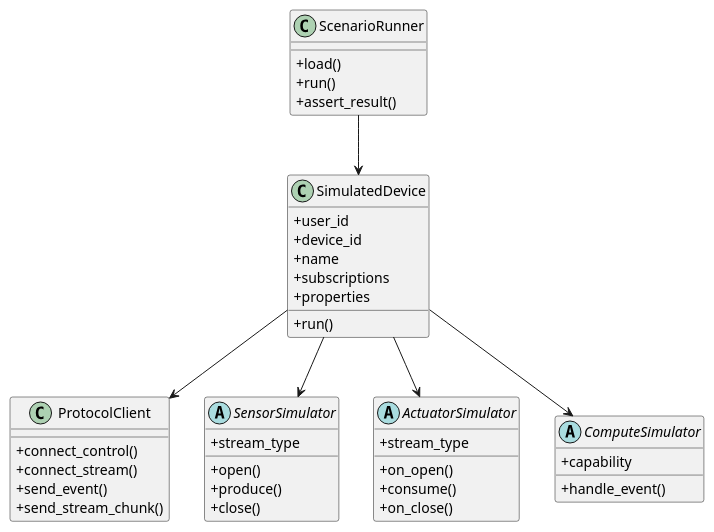
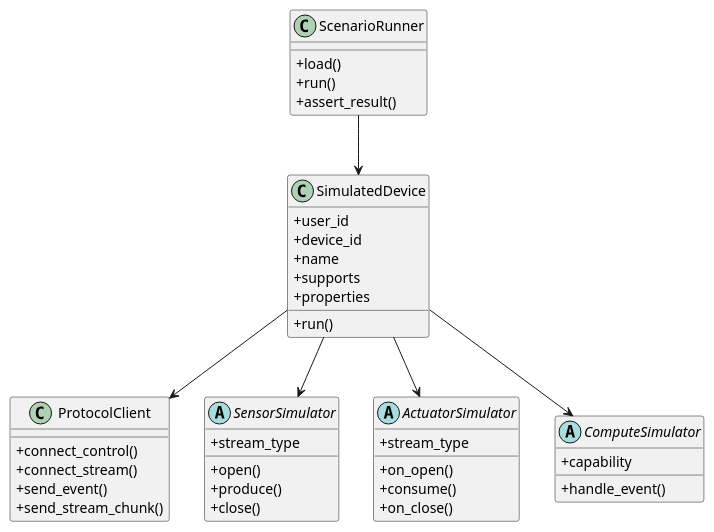
Before and after one commit to HengeLiu/RealtimeAgent: the diagram in device-examples/python-phone/python-device-sim-design.md, drawn with PlantUML. The commit also changed other lines of this file and 105 other files, not shown here.

````diff
--- a/device-examples/python-phone/python-device-sim-design.md
+++ b/device-examples/python-phone/python-device-sim-design.md
@@ -133,52 +133,52 @@
 ```plantuml
 @startuml
 skinparam classAttributeIconSize 0
 
 class SimulatedDevice {
   +user_id
   +device_id
   +name
-  +subscriptions
+  +supports
   +properties
   +run()
 }
 
 class ProtocolClient {
   +connect_control()
   +connect_stream()
   +send_event()
   +send_stream_chunk()
 }
 
 abstract class SensorSimulator {
   +stream_type
   +open()
   +produce()
   +close()
 }
 
 abstract class ActuatorSimulator {
   +stream_type
   +on_open()
   +consume()
   +on_close()
 }
 
 abstract class ComputeSimulator {
   +capability
   +handle_event()
 }
 
 class ScenarioRunner {
   +load()
   +run()
   +assert_result()
 }
 
 SimulatedDevice --> ProtocolClient
 SimulatedDevice --> SensorSimulator
 SimulatedDevice --> ActuatorSimulator
 SimulatedDevice --> ComputeSimulator
 ScenarioRunner --> SimulatedDevice
 @enduml
 ```
````
